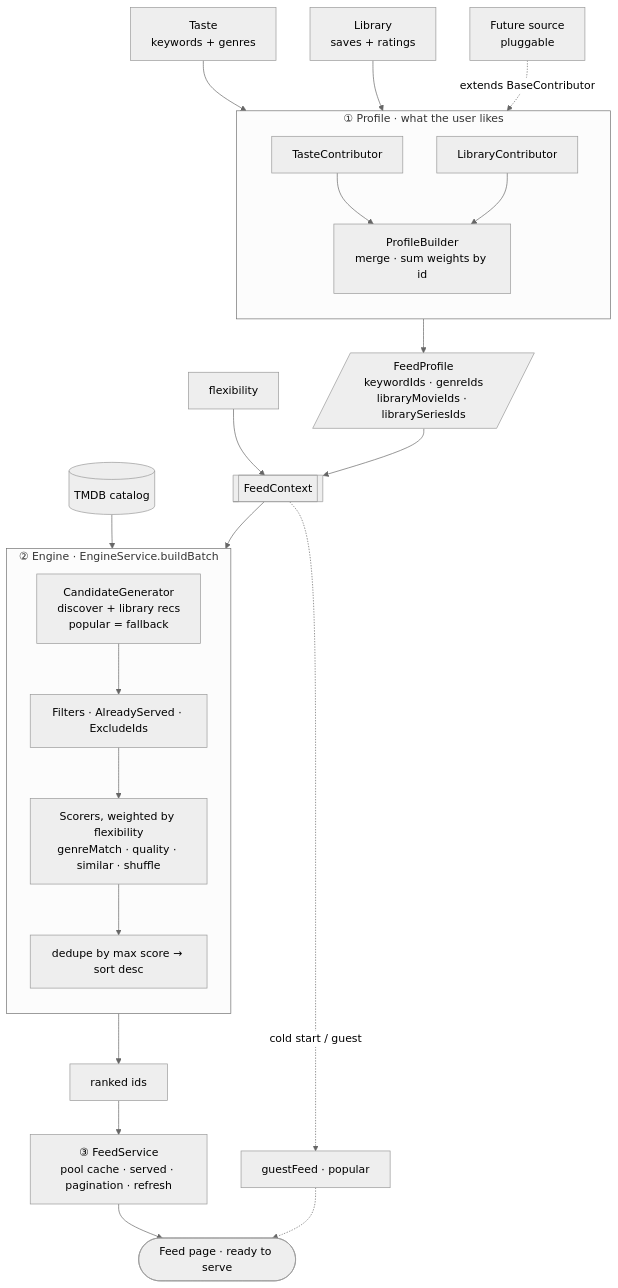
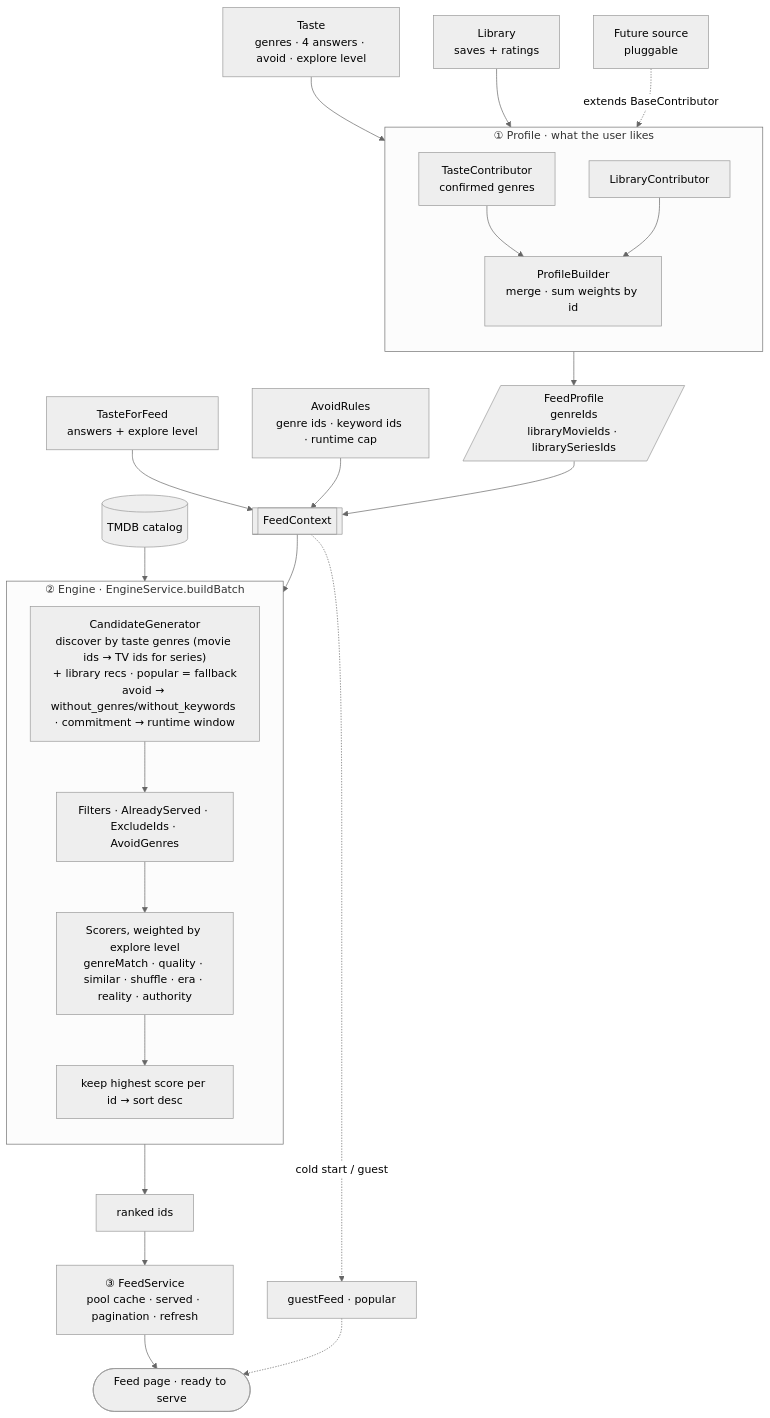
The diagram in src/feed/recommendation_scoring_pipeline.md (Nicky-Sa/meowie-backend), drawn with Mermaid (neutral theme) before and after one commit. The commit also changed other lines of this file and 42 other files, not shown here.

````diff
--- a/src/feed/recommendation_scoring_pipeline.md
+++ b/src/feed/recommendation_scoring_pipeline.md
@@ -3,40 +3,41 @@
 ```mermaid
 flowchart TD
     %% ---------- Sources ----------
-    KW[Taste<br/>keywords + genres]
+    TASTE[Taste<br/>genres · 4 answers · avoid · explore level]
     LIB[Library<br/>saves + ratings]
     FUT[Future source<br/>pluggable]
 
     %% ---------- ① Profile ----------
     subgraph PROFILE["① Profile · what the user likes"]
         direction TB
-        TC[TasteContributor] --> PB[ProfileBuilder<br/>merge · sum weights by id]
+        TC[TasteContributor<br/>confirmed genres] --> PB[ProfileBuilder<br/>merge · sum weights by id]
         LC[LibraryContributor] --> PB
     end
-    KW --> TC
+    TASTE --> TC
     LIB --> LC
     FUT -. extends BaseContributor .-> PB
-    PB --> FP[/FeedProfile<br/>keywordIds · genreIds<br/>libraryMovieIds · librarySeriesIds/]
+    PB --> FP[/FeedProfile<br/>genreIds<br/>libraryMovieIds · librarySeriesIds/]
 
     %% ---------- Context ----------
-    FLEX[flexibility] --> CTX[[FeedContext]]
+    TFF[TasteForFeed<br/>answers + explore level] --> CTX[[FeedContext]]
+    AVOID[AvoidRules<br/>genre ids · keyword ids · runtime cap] --> CTX
     FP --> CTX
 
     %% ---------- ② Engine ----------
     subgraph ENGINE["② Engine · EngineService.buildBatch"]
         direction TB
-        CG["CandidateGenerator<br/>discover + library recs<br/>popular = fallback"]
-        FILT["Filters · AlreadyServed · ExcludeIds"]
-        SCOR["Scorers, weighted by flexibility<br/>genreMatch · quality · similar · shuffle"]
-        RANK["dedupe by max score → sort desc"]
+        CG["CandidateGenerator<br/>discover by taste genres (movie ids → TV ids for series)<br/>+ library recs · popular = fallback<br/>avoid → without_genres/without_keywords · commitment → runtime window"]
+        FILT["Filters · AlreadyServed · ExcludeIds · AvoidGenres"]
+        SCOR["Scorers, weighted by explore level<br/>genreMatch · quality · similar · shuffle · era · reality · authority"]
+        RANK["keep highest score per id → sort desc"]
         CG --> FILT --> SCOR --> RANK
     end
     CAT[(TMDB catalog)] --> CG
     CTX --> CG
     RANK --> IDS[ranked ids]
 
     %% ---------- ③ Service ----------
     IDS --> SVC["③ FeedService<br/>pool cache · served · pagination · refresh"]
     SVC --> OUT([Feed page · ready to serve])
     CTX -. cold start / guest .-> GUEST[guestFeed · popular] -.-> OUT
 ```
````
